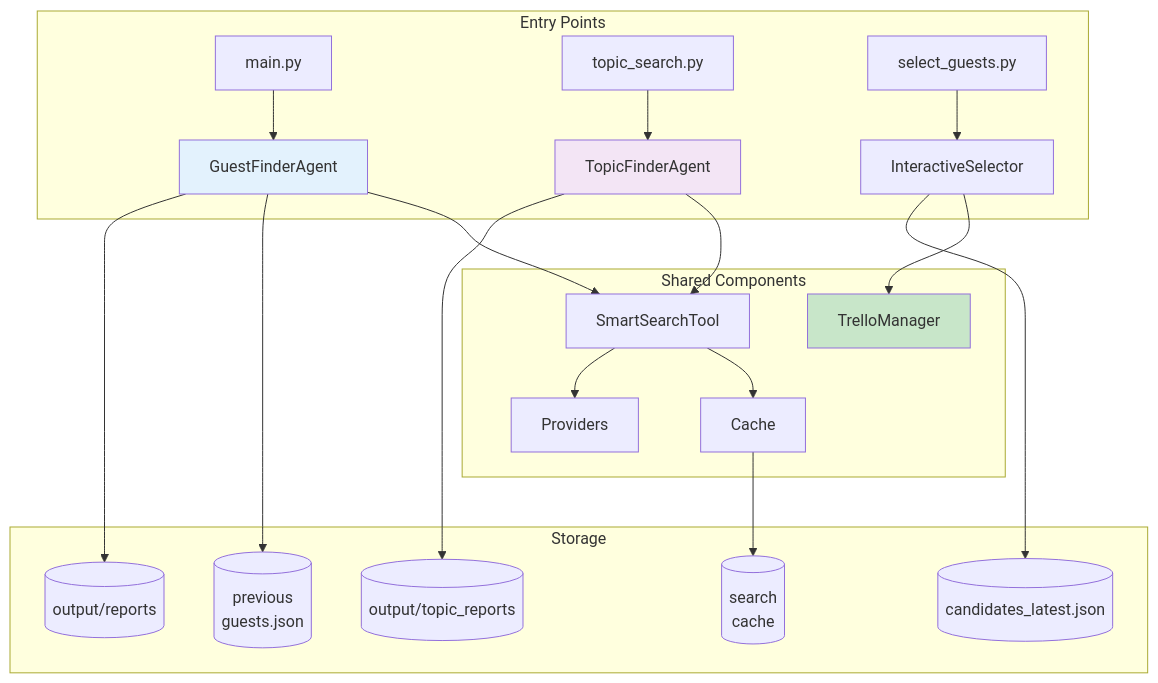
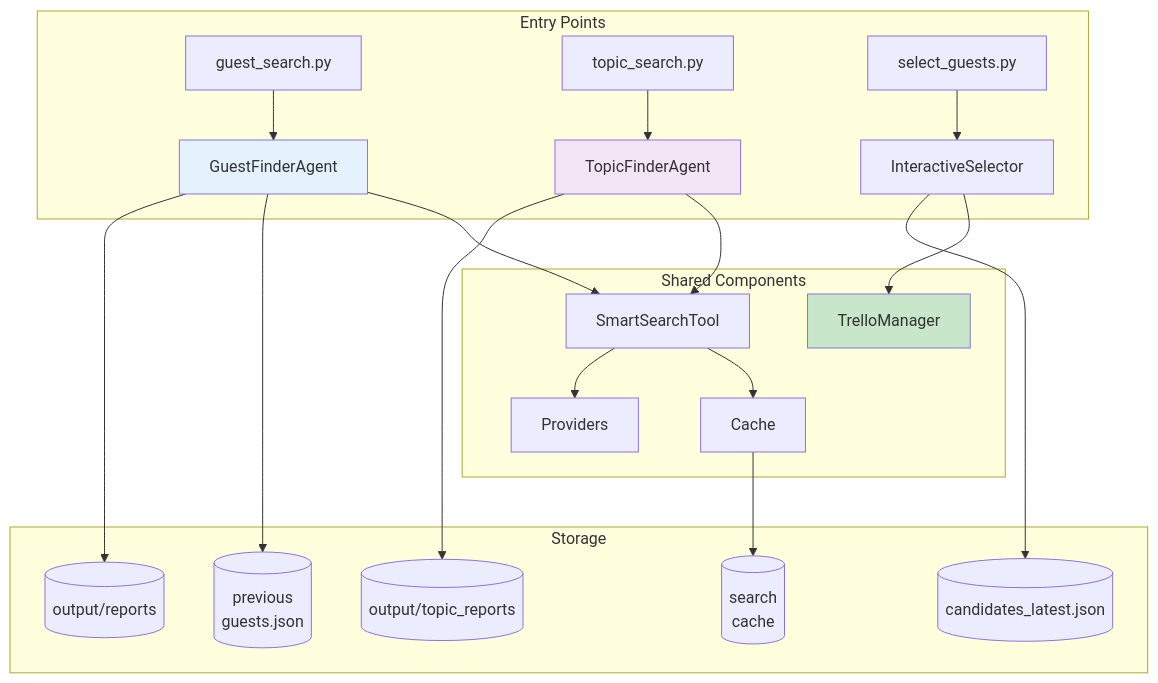
One commit to Joopsnijder/guest_search changed the second of 5 diagrams in docs/presentations/architecture/presentation.md. Above: the diagram before and after it, drawn with Mermaid. The commit also changed other lines of this file and 12 other files, not shown here.

First line of the commit message:
refactor: Rename main.py to guest_search.py for consistency

````diff
--- a/docs/presentations/architecture/presentation.md
+++ b/docs/presentations/architecture/presentation.md
@@ -93,28 +93,28 @@
 ```mermaid
 graph TD
     subgraph "Entry Points"
-        M1[main.py] --> GFA[GuestFinderAgent]
+        M1[guest_search.py] --> GFA[GuestFinderAgent]
         M2[topic_search.py] --> TFA[TopicFinderAgent]
         M3[select_guests.py] --> IS[InteractiveSelector]
     end
 
     subgraph "Shared Components"
         GFA --> SST[SmartSearchTool]
         TFA --> SST
         SST --> Cache
         SST --> Providers
         IS --> TM[TrelloManager]
     end
 
     subgraph "Storage"
         GFA --> PG[(previous<br/>guests.json)]
         Cache --> SC[(search<br/>cache)]
         GFA --> GR[(output/reports)]
         TFA --> TR[(output/topic_reports)]
         IS --> CL[(candidates_latest.json)]
     end
 
     style GFA fill:#e3f2fd
     style TFA fill:#f3e5f5
     style TM fill:#c8e6c9
 ```
````
